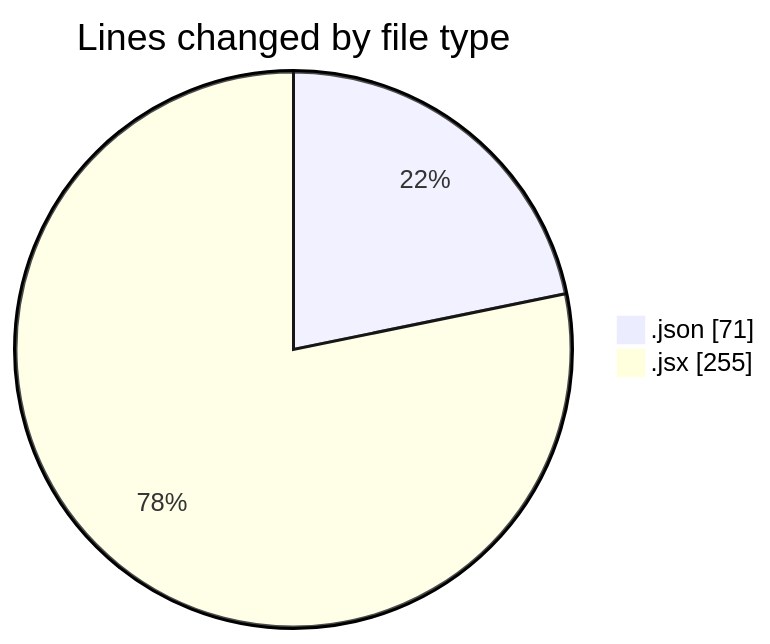
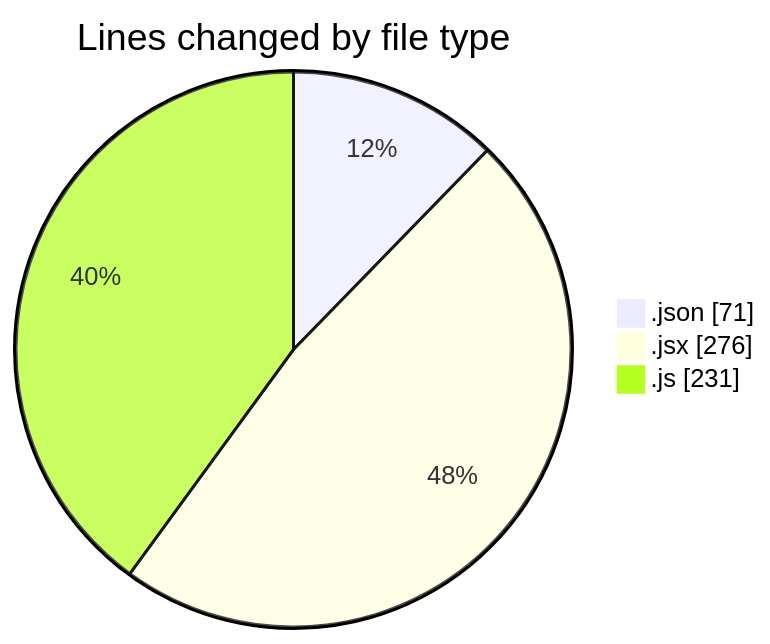
The first of 2 diagrams in 2026-03-02/cda/README.md (momahboobian/code-tracking), drawn with Mermaid before and after one commit. The commit also changed other lines of this file and 1 other file, not shown here.

````diff
--- a/2026-03-02/cda/README.md
+++ b/2026-03-02/cda/README.md
@@ -21,6 +22,7 @@
 ```mermaid
 pie showData
 title Lines changed by file type
 ".json" : 71
-".jsx" : 255
+".jsx" : 276
+".js" : 231
 ```
````
